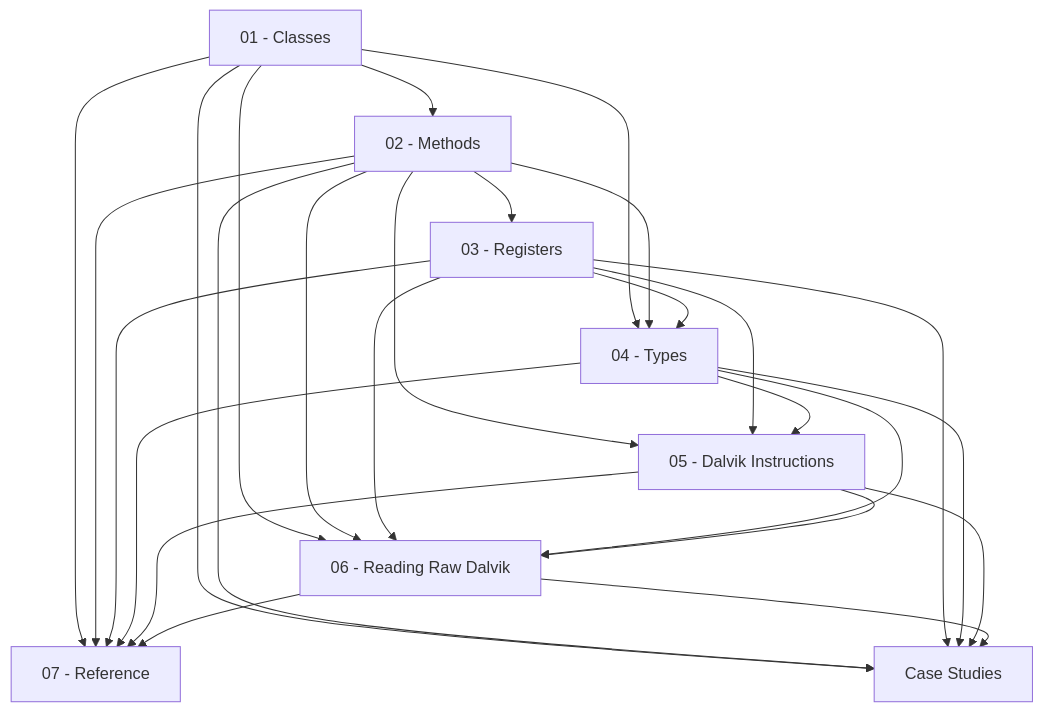
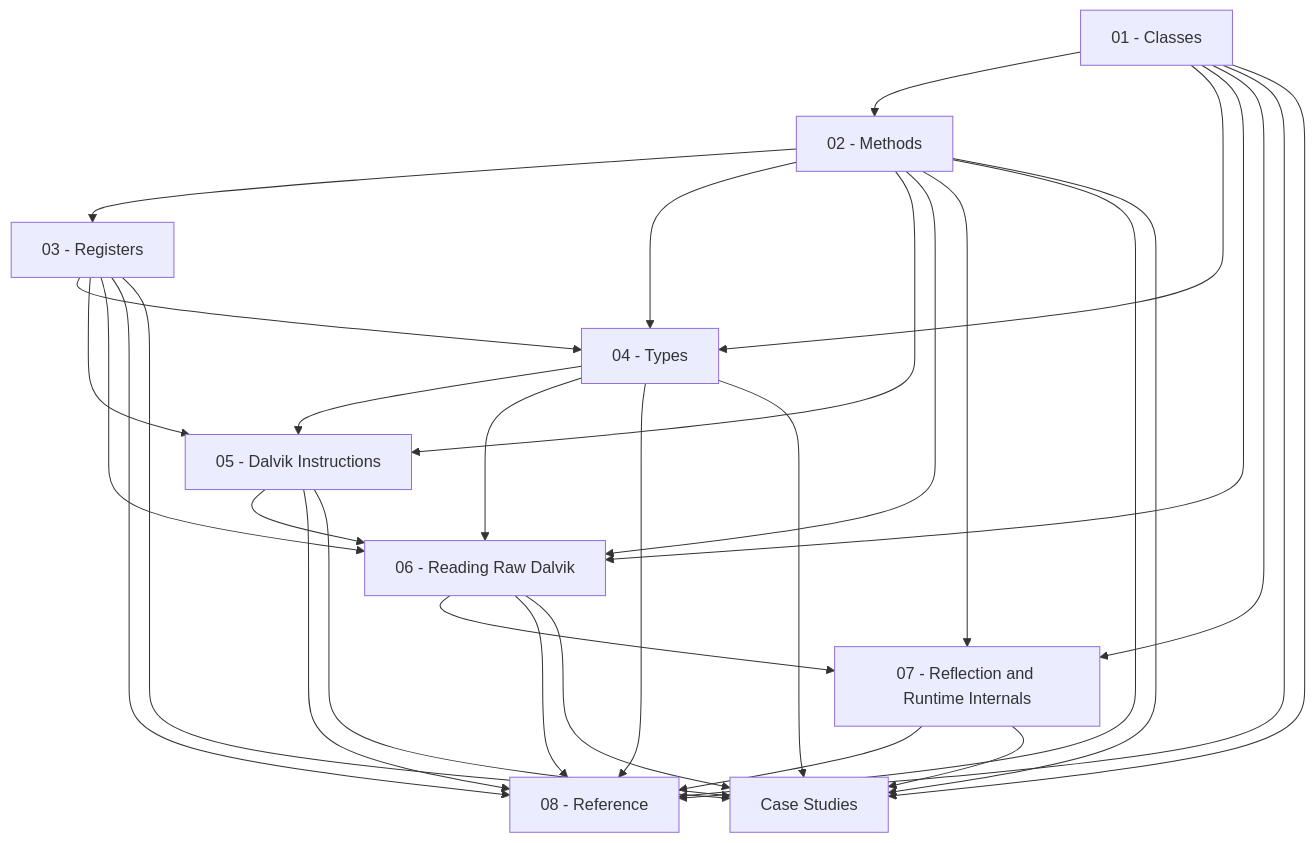
One commit to Bavuett/reverse-engineering changed the second of 2 diagrams in 01-Dalvik-Bytecode/Dalvik-Bytecode.md. Above: the diagram before and after it, drawn with Mermaid. The commit also changed other lines of this file and 8 other files, not shown here.

First line of the commit message:
Add Reflection-and-Runtime-Internals chapter to Dalvik-Bytecode

````diff
--- a/01-Dalvik-Bytecode/Dalvik-Bytecode.md
+++ b/01-Dalvik-Bytecode/Dalvik-Bytecode.md
@@ -39,14 +40,15 @@
 ```mermaid
 graph TD
     C1[01 - Classes] --> C2[02 - Methods]
     C2 --> C3[03 - Registers]
     C1 --> C4[04 - Types]
     C2 --> C4
     C3 --> C4
     C2 --> C5[05 - Dalvik Instructions]
     C3 --> C5
     C4 --> C5
     C1 & C2 & C3 & C4 & C5 --> C6[06 - Reading Raw Dalvik]
-    C1 & C2 & C3 & C4 & C5 & C6 --> R[07 - Reference]
-    C1 & C2 & C3 & C4 & C5 & C6 --> CS[Case Studies]
+    C1 & C2 & C6 --> C7[07 - Reflection and Runtime Internals]
+    C1 & C2 & C3 & C4 & C5 & C6 & C7 --> R[08 - Reference]
+    C1 & C2 & C3 & C4 & C5 & C6 & C7 --> CS[Case Studies]
 ```
````
